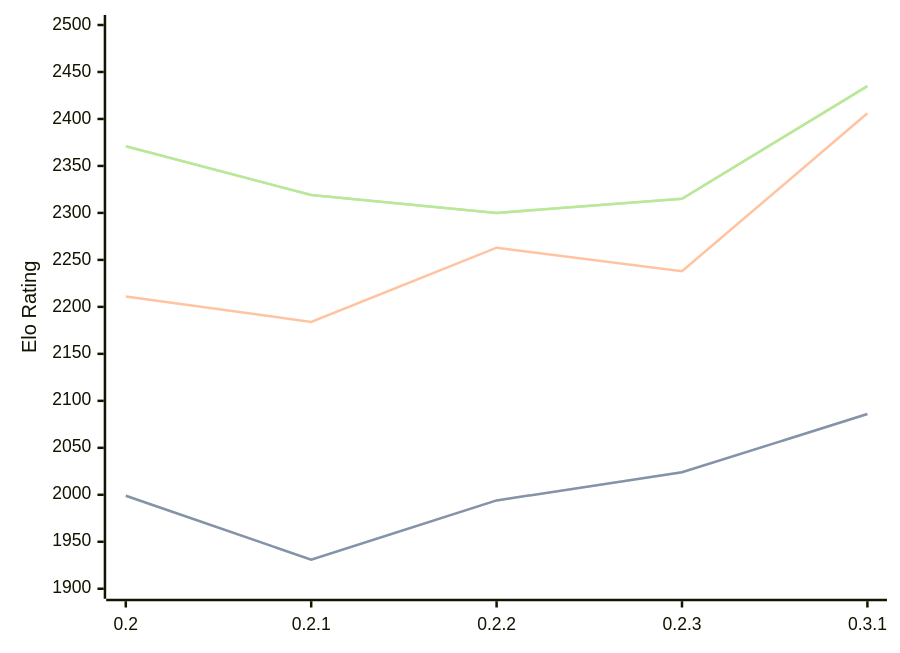
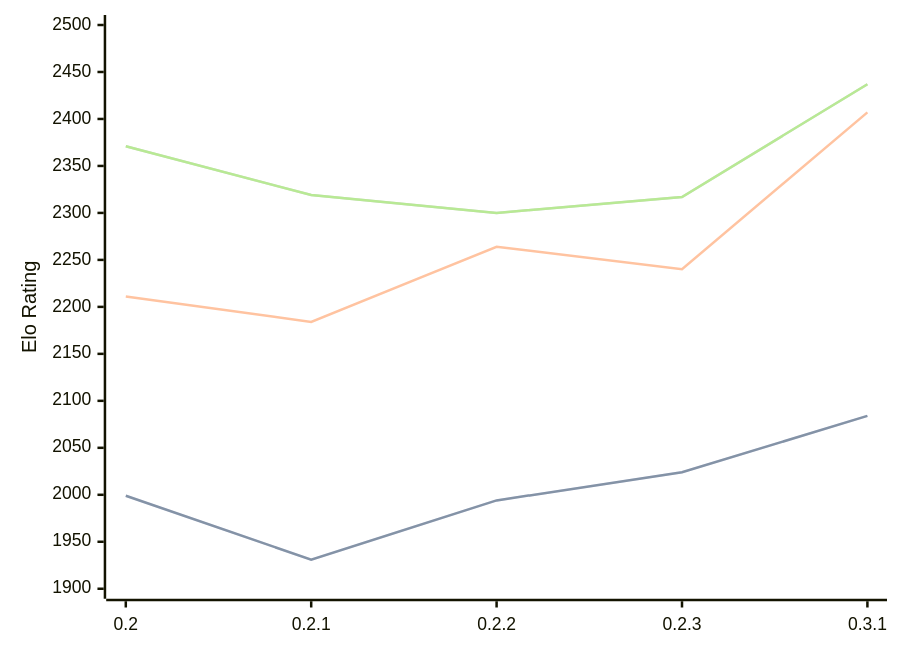
Before and after one commit to computer-chess-index/cci: the diagram in engines/Lolbot.md, drawn with Mermaid. The commit also changed other lines of this file, not shown here.

Commit message:
Update CCI Ratings (ELO VLTC) - 2026-09-13

````diff
--- a/engines/Lolbot.md
+++ b/engines/Lolbot.md
@@ -35,11 +35,11 @@
 ```mermaid
 %%{init: {"theme":"base","themeVariables":{"seriesColors:['#a3a3a3','#222221','#faa371']}}}%%
 xychart-beta
   x-axis ["0.2", "0.2.1", "0.2.2", "0.2.3", "0.3.1"]
   y-axis "Elo Rating" 1900 --> 2500
-  line "" [1999, 1931, 1994, 2024, 2086]
-  line "STC (8.0+0.08s)" [1999, 1931, 1994, 2024, 2086]
-  line "LTC (60.0+0.60s)" [2211, 2184, 2263, 2238, 2406]
-  line "" [2371, 2319, 2300, 2315, 2435]
-  line "VLTC (2m24s+1.12s)" [2371, 2319, 2300, 2315, 2435]
+  line "" [1999, 1931, 1994, 2024, 2084]
+  line "STC (8.0+0.08s)" [1999, 1931, 1994, 2024, 2084]
+  line "LTC (60.0+0.60s)" [2211, 2184, 2264, 2240, 2407]
+  line "" [2371, 2319, 2300, 2317, 2437]
+  line "VLTC (2m24s+1.12s)" [2371, 2319, 2300, 2317, 2437]
 ```
````
